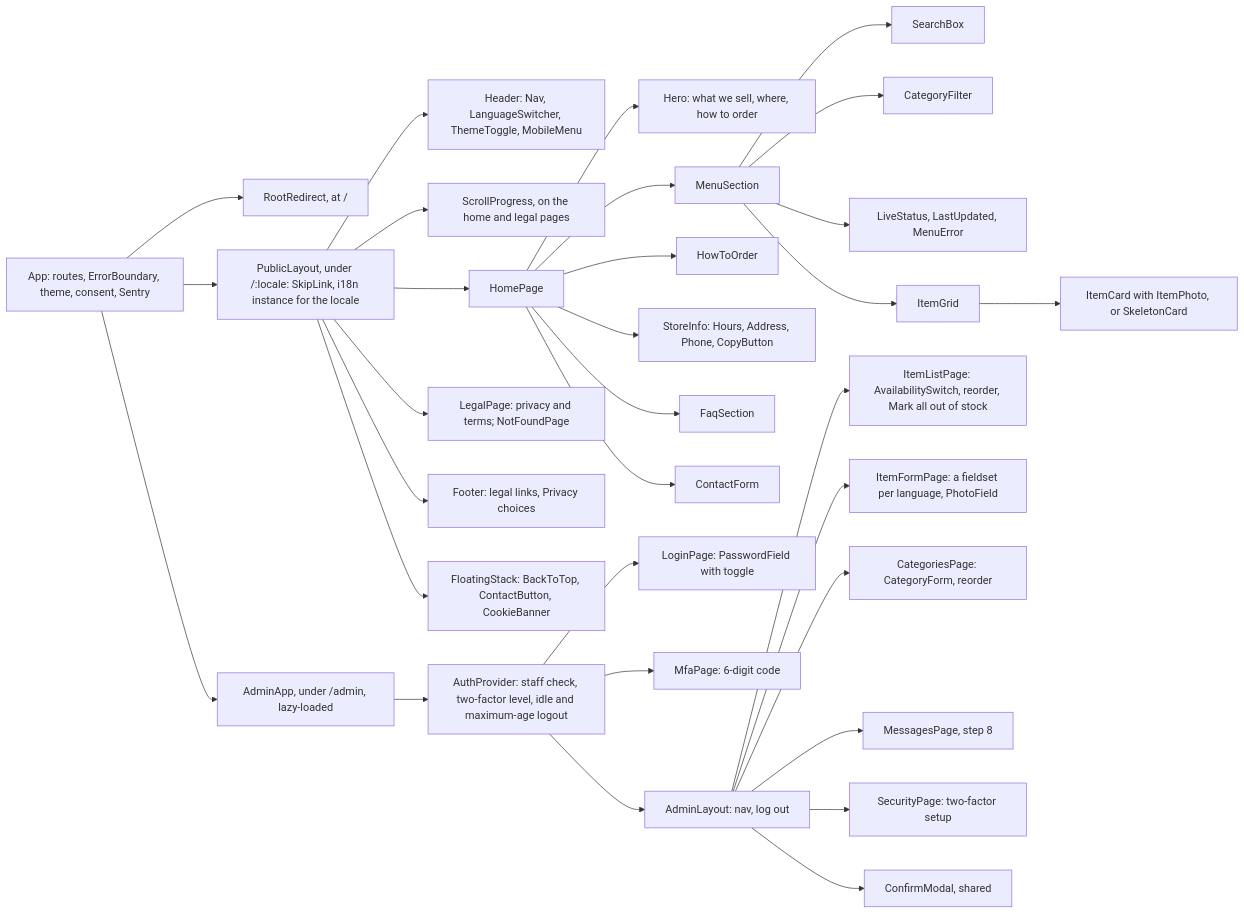
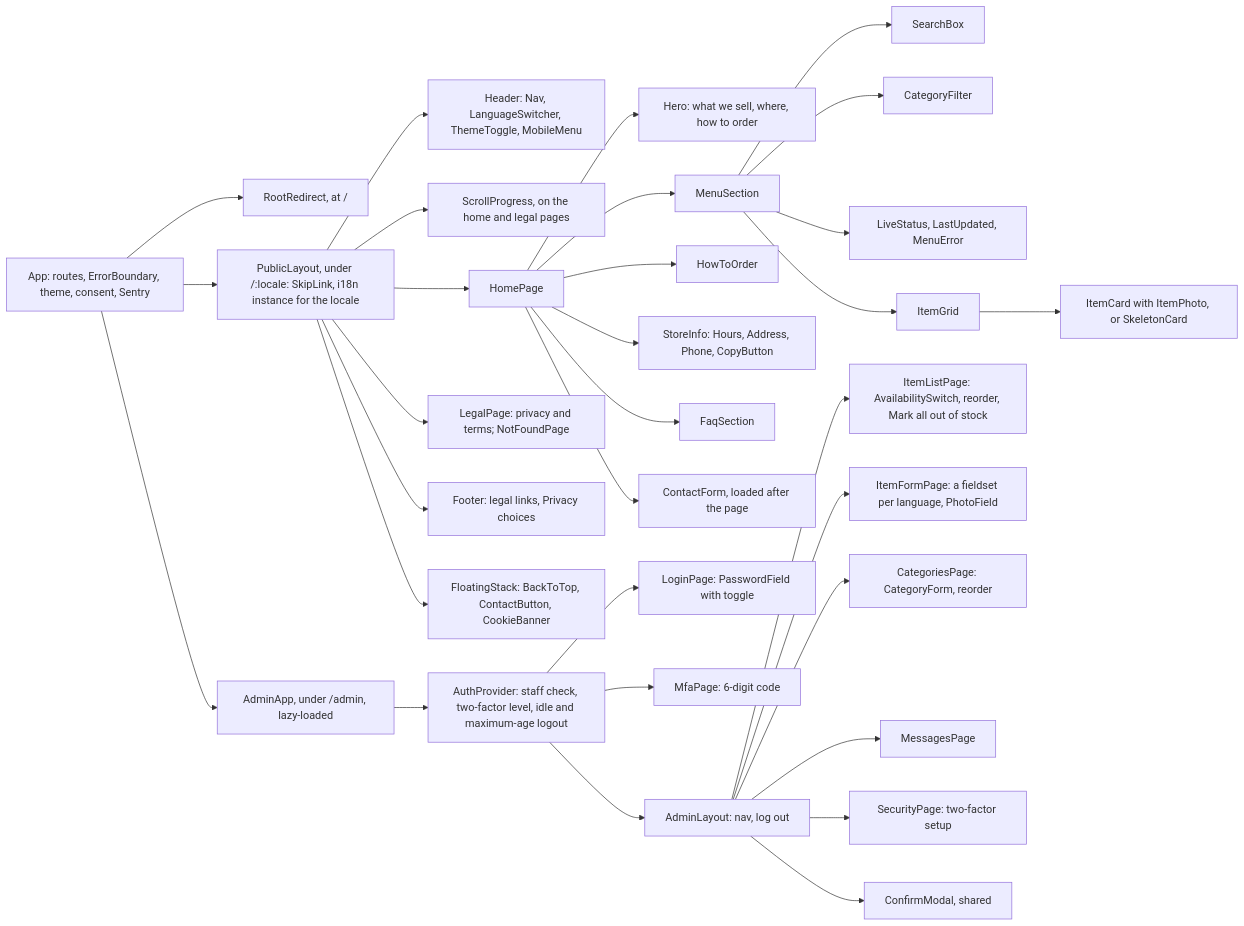
One commit to thatguyKire/seoul-mate-minimart changed the first of 8 diagrams in docs/SDD.md. Above: the diagram before and after it, drawn with Mermaid. The commit also changed other lines of this file and 43 other files, not shown here.

First line of the commit message:
feat(contact): add the contact form, its Edge Function and the staff messages page (step 8, part 2) (#9)

````diff
--- a/docs/SDD.md
+++ b/docs/SDD.md
@@ -45,33 +45,33 @@
 ```mermaid
 flowchart LR
   App["App: routes, ErrorBoundary, theme, consent, Sentry"] --> Root["RootRedirect, at /"]
   App --> Public["PublicLayout, under /:locale: SkipLink, i18n instance for the locale"]
   App --> AdminApp["AdminApp, under /admin, lazy-loaded"]
   Public --> Header["Header: Nav, LanguageSwitcher, ThemeToggle, MobileMenu"]
   Public --> Progress["ScrollProgress, on the home and legal pages"]
   Public --> Home["HomePage"]
   Public --> Legal["LegalPage: privacy and terms; NotFoundPage"]
   Public --> Footer["Footer: legal links, Privacy choices"]
   Public --> Floating["FloatingStack: BackToTop, ContactButton, CookieBanner"]
   Home --> Hero["Hero: what we sell, where, how to order"]
   Home --> MenuSection["MenuSection"]
   MenuSection --> Search["SearchBox"]
   MenuSection --> Filter["CategoryFilter"]
   MenuSection --> Live["LiveStatus, LastUpdated, MenuError"]
   MenuSection --> Grid["ItemGrid"]
   Grid --> Card["ItemCard with ItemPhoto, or SkeletonCard"]
   Home --> HowTo["HowToOrder"]
   Home --> Info["StoreInfo: Hours, Address, Phone, CopyButton"]
   Home --> Faq["FaqSection"]
-  Home --> Contact["ContactForm"]
+  Home --> Contact["ContactForm, loaded after the page"]
   AdminApp --> Guard["AuthProvider: staff check, two-factor level, idle and maximum-age logout"]
   Guard --> Login["LoginPage: PasswordField with toggle"]
   Guard --> Mfa["MfaPage: 6-digit code"]
   Guard --> Layout["AdminLayout: nav, log out"]
   Layout --> Items["ItemListPage: AvailabilitySwitch, reorder, Mark all out of stock"]
   Layout --> ItemForm["ItemFormPage: a fieldset per language, PhotoField"]
   Layout --> Cats["CategoriesPage: CategoryForm, reorder"]
-  Layout --> Msgs["MessagesPage, step 8"]
+  Layout --> Msgs["MessagesPage"]
   Layout --> Sec["SecurityPage: two-factor setup"]
   Layout --> Modal["ConfirmModal, shared"]
 ```
````
